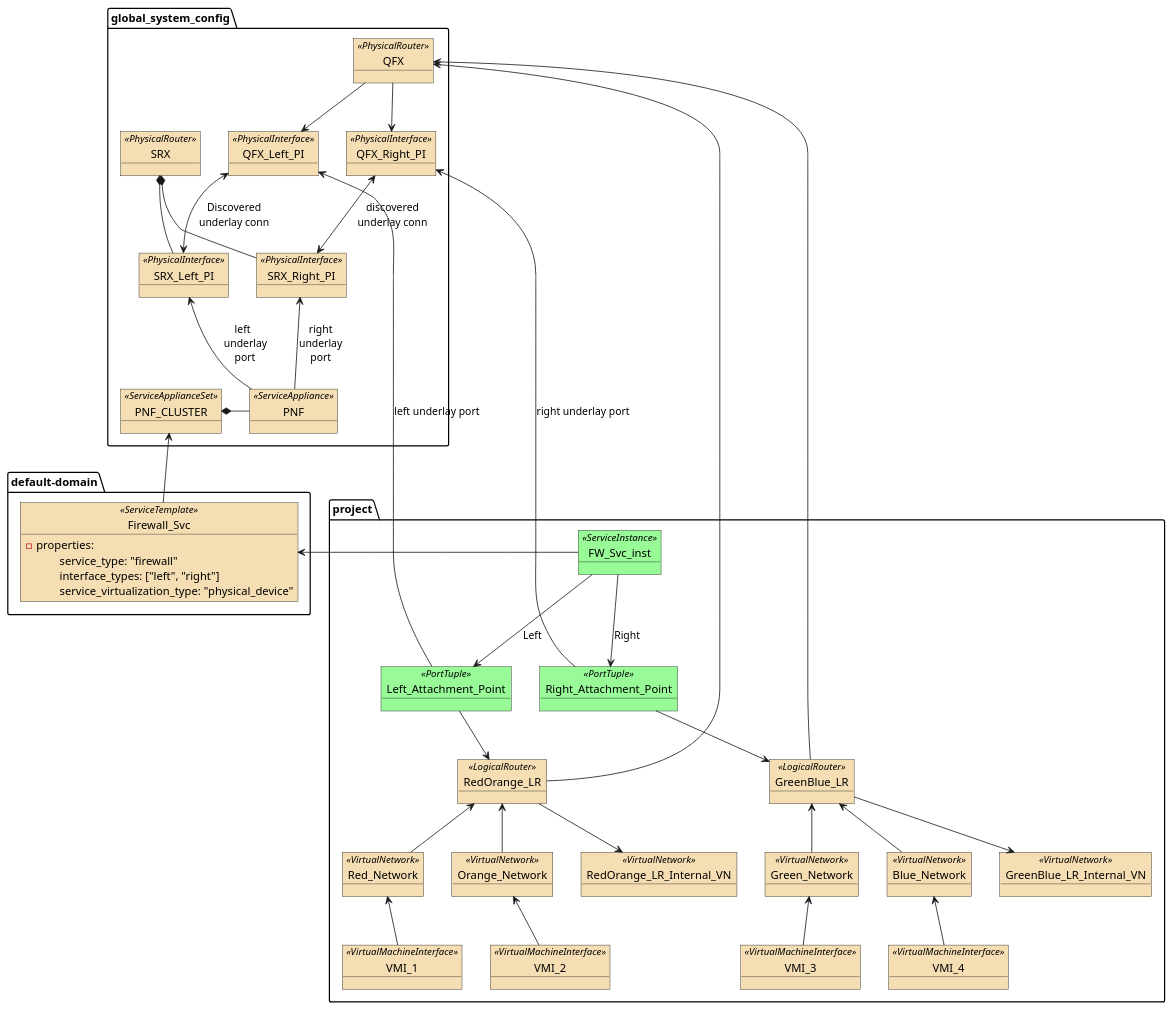
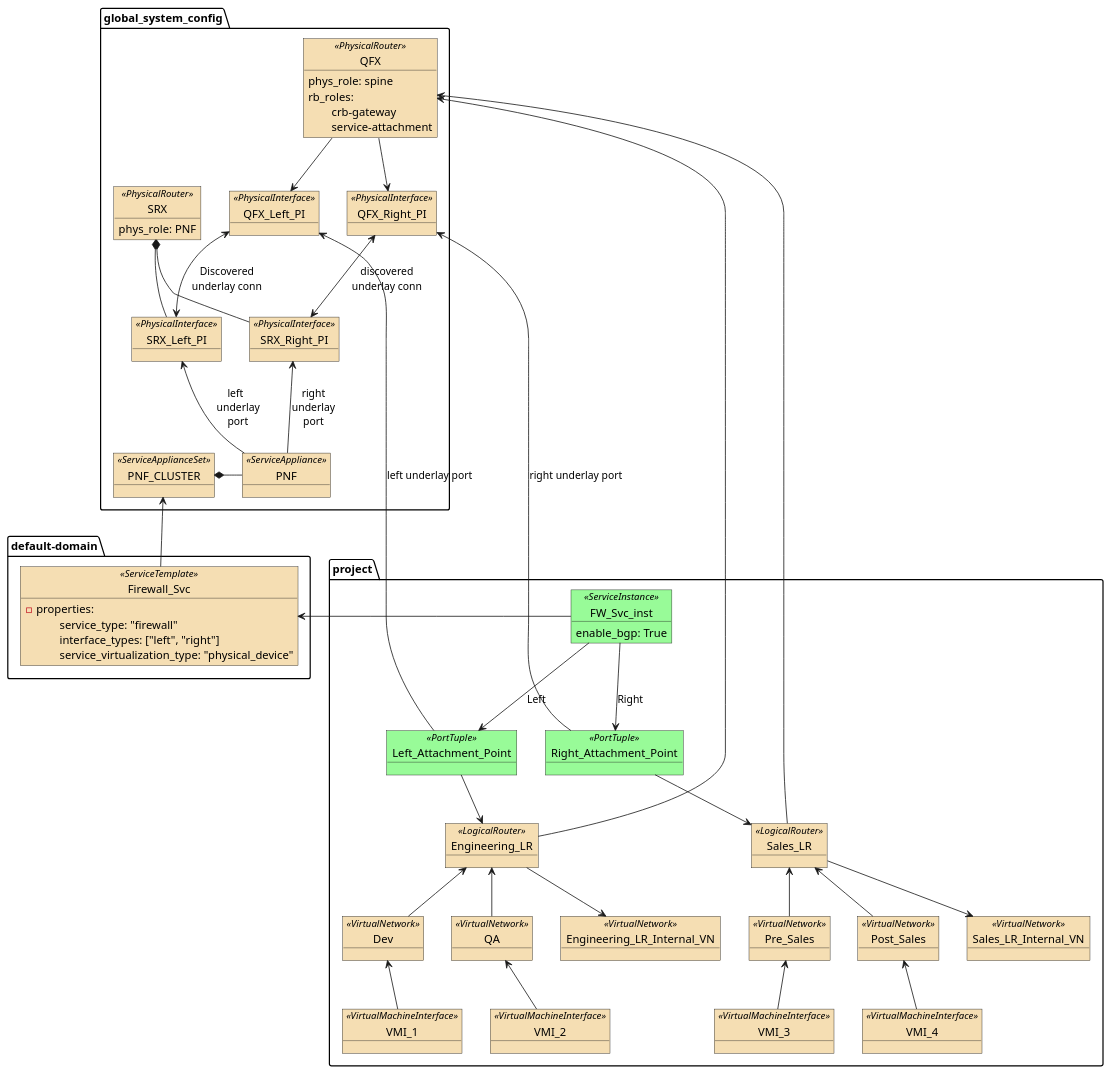
Before and after one commit to jnpr-tjiang/cfm-data-model: the diagram in 5.1-data-model/pnf-chaining-data-model-04.puml, drawn with PlantUML. The commit also changed 11 other files, not shown here.

```diff
--- a/5.1-data-model/pnf-chaining-data-model-04.puml
+++ b/5.1-data-model/pnf-chaining-data-model-04.puml
@@ -1,140 +1,145 @@
 @startuml
 
 skinparam object {
 	BackgroundColor PaleGreen
 	BackgroundColor<<PhysicalRouter>> Wheat
 	BackgroundColor<<PhysicalInterface>> Wheat
 	BackgroundColor<<LogicalRouter>> Wheat
 	BackgroundColor<<VirtualNetwork>> Wheat
 	BackgroundColor<<VirtualMachineInterface>> Wheat
 	BackgroundColor<<ServiceApplianceSet>> Wheat
 	BackgroundColor<<ServiceAppliance>> Wheat
 	BackgroundColor<<ServiceTemplate>> Wheat
 }
 
 package default-domain {
     object Firewall_Svc<<ServiceTemplate>> {
         - properties:
             \tservice_type: "firewall"
             \tinterface_types: ["left", "right"]
             \tservice_virtualization_type: "physical_device"
     }
 }
 
 package global_system_config {
     
     object SRX<<PhysicalRouter>> {
+        phys_role: PNF
     }
 
     object SRX_Left_PI<<PhysicalInterface>> {
     }
 
     object SRX_Right_PI<<PhysicalInterface>> {
     }
 
     object PNF_CLUSTER<<ServiceApplianceSet>> {
     }
 
     object PNF<<ServiceAppliance>> {
     }
 
     object QFX<<PhysicalRouter>> {
+        phys_role: spine
+        rb_roles:
+            \tcrb-gateway
+            \tservice-attachment
     }
 
     object QFX_Left_PI<<PhysicalInterface>> {
     }
 
     object QFX_Right_PI<<PhysicalInterface>> {
     }
 
     SRX *-- SRX_Left_PI
     SRX *-- SRX_Right_PI
 
     QFX --> QFX_Left_PI
     QFX --> QFX_Right_PI
 
     QFX_Left_PI <--> SRX_Left_PI: Discovered\nunderlay conn
     QFX_Right_PI <--> SRX_Right_PI: discovered\nunderlay conn
 
 
     PNF_CLUSTER *- PNF
     SRX_Left_PI <-- PNF: "left\t\t\nunderlay\t\t\nport\t\t"
     SRX_Right_PI <-- PNF: right\nunderlay\nport
 }
 
 package project {
     object FW_Svc_inst<<ServiceInstance>> {
-        
+        enable_bgp: True
     }
     
-    object RedOrange_LR<<LogicalRouter>> {
+    object Engineering_LR<<LogicalRouter>> {
     }
     
-    object GreenBlue_LR<<LogicalRouter>> {
+    object Sales_LR<<LogicalRouter>> {
     }
     
-    object Red_Network<<VirtualNetwork>> {
+    object Dev<<VirtualNetwork>> {
     }
     
-    object Orange_Network<<VirtualNetwork>> {
+    object QA<<VirtualNetwork>> {
     }
     
-    object Green_Network<<VirtualNetwork>> {
+    object Pre_Sales<<VirtualNetwork>> {
     }
     
-    object Blue_Network<<VirtualNetwork>> {
+    object Post_Sales<<VirtualNetwork>> {
     }
     
-    object RedOrange_LR_Internal_VN<<VirtualNetwork>> {
+    object Engineering_LR_Internal_VN<<VirtualNetwork>> {
     }
     
-    object GreenBlue_LR_Internal_VN<<VirtualNetwork>> {
+    object Sales_LR_Internal_VN<<VirtualNetwork>> {
     }
     
     object Left_Attachment_Point<<PortTuple>> {
     }
     
     object Right_Attachment_Point<<PortTuple>> {
     }
     
     object VMI_1<<VirtualMachineInterface>> {
     }
     
     object VMI_2<<VirtualMachineInterface>> {
     }
     
     object VMI_3<<VirtualMachineInterface>> {
     }
     
     object VMI_4<<VirtualMachineInterface>> {
     }
     
-    Red_Network <-- VMI_1
-    Orange_Network <-- VMI_2
-    Green_Network <-- VMI_3
-    Blue_Network <-- VMI_4
+    Dev <-- VMI_1
+    QA <-- VMI_2
+    Pre_Sales <-- VMI_3
+    Post_Sales <-- VMI_4
     
-    RedOrange_LR <-- Red_Network
-    RedOrange_LR <-- Orange_Network
-    RedOrange_LR --> RedOrange_LR_Internal_VN
+    Engineering_LR <-- Dev
+    Engineering_LR <-- QA
+    Engineering_LR --> Engineering_LR_Internal_VN
     
-    GreenBlue_LR <-- Green_Network
-    GreenBlue_LR <-- Blue_Network
-    GreenBlue_LR --> GreenBlue_LR_Internal_VN
+    Sales_LR <-- Pre_Sales
+    Sales_LR <-- Post_Sales
+    Sales_LR --> Sales_LR_Internal_VN
     
     FW_Svc_inst --> Left_Attachment_Point: Left
     FW_Svc_inst --> Right_Attachment_Point: Right 
     
-    Left_Attachment_Point --> RedOrange_LR
-    Right_Attachment_Point --> GreenBlue_LR
+    Left_Attachment_Point --> Engineering_LR
+    Right_Attachment_Point --> Sales_LR
 }
 
 
 PNF_CLUSTER <-- Firewall_Svc
 Firewall_Svc <- FW_Svc_inst
-QFX <- RedOrange_LR
-QFX <- GreenBlue_LR
+QFX <- Engineering_LR
+QFX <- Sales_LR
 QFX_Left_PI <- Left_Attachment_Point: left underlay port
 QFX_Right_PI <- Right_Attachment_Point: right underlay port
 
 @enduml
```
